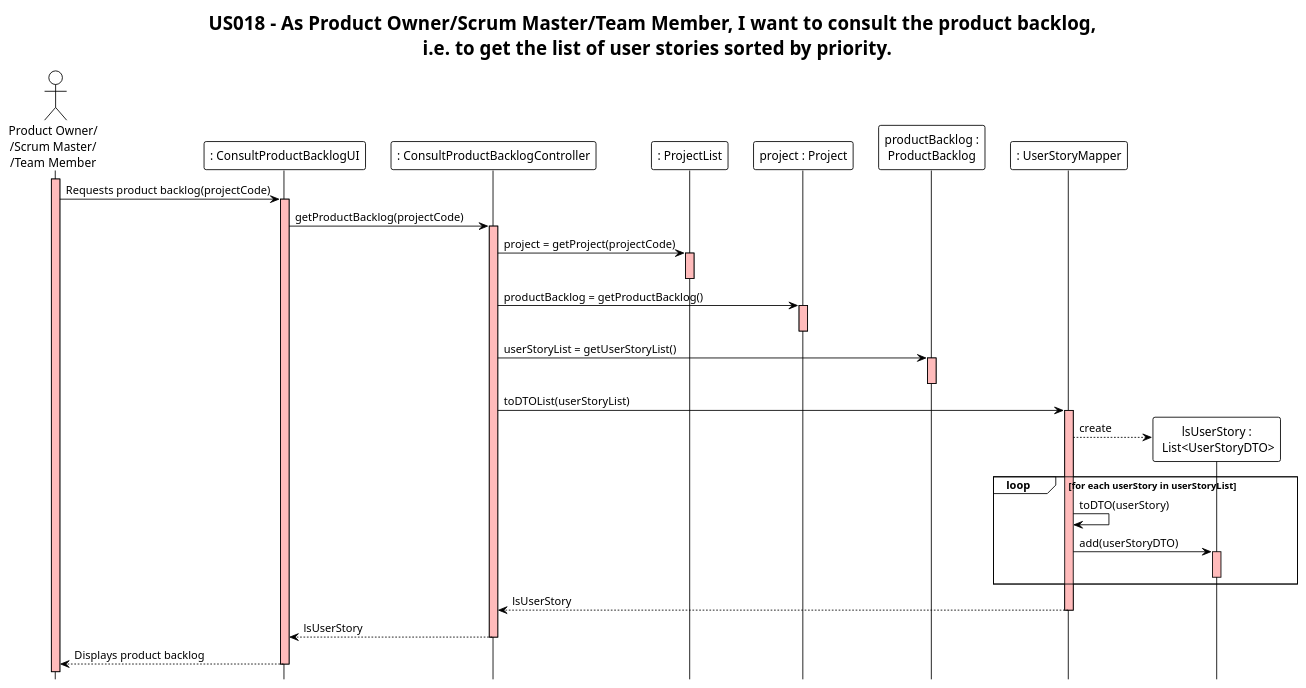
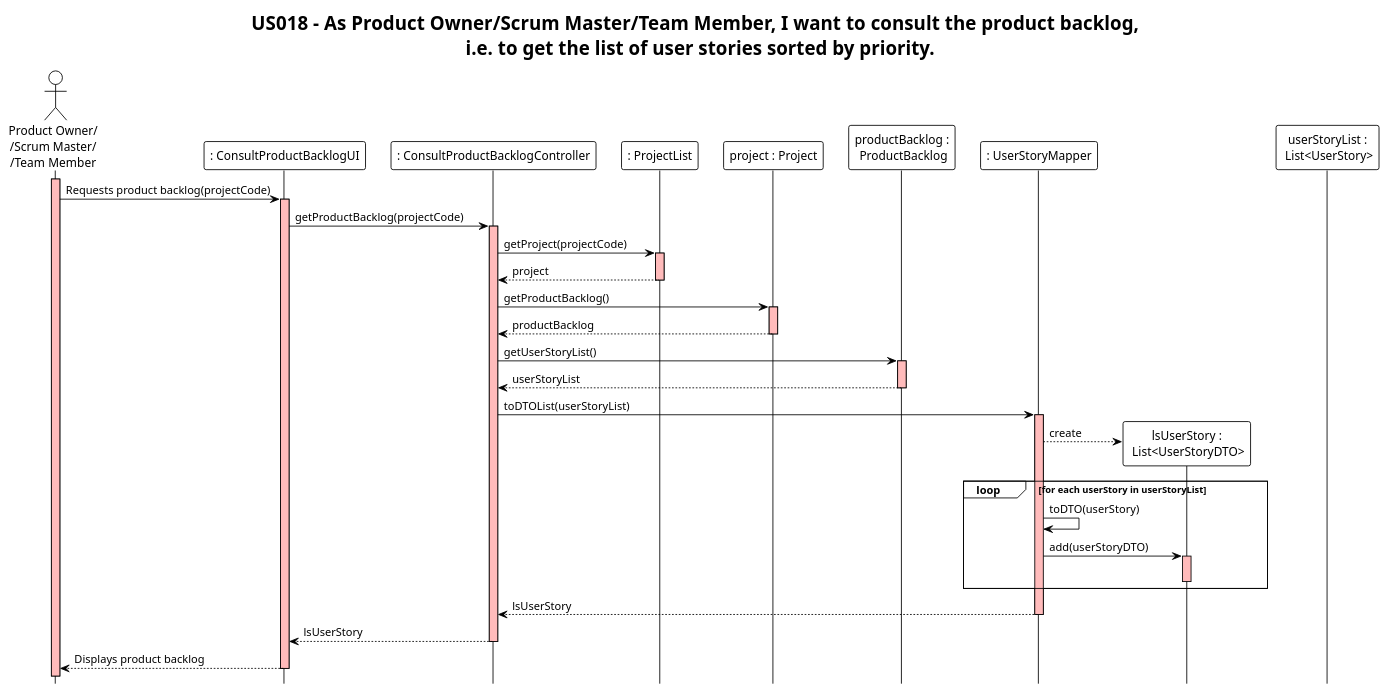
Before and after one commit to ivo-menezes/project_g3: the diagram in docs/modelling_design/user_stories/us018/US018_ConsultProductBacklogSD.puml, drawn with PlantUML.

Commit message:
US018: Design: Update SD to explicitly include userStoryList as participant. Included explicit returns to each method call.

```diff
--- a/docs/modelling_design/user_stories/us018/US018_ConsultProductBacklogSD.puml
+++ b/docs/modelling_design/user_stories/us018/US018_ConsultProductBacklogSD.puml
@@ -1,59 +1,62 @@
 @startuml
 !theme plain
 hide footbox
 title "US018 - As Product Owner/Scrum Master/Team Member, I want to consult the product backlog, \n i.e. to get the list of user stories sorted by priority."
 
 actor "Product Owner/\n/Scrum Master/\n/Team Member" as user
 participant ": ConsultProductBacklogUI" as UI
 participant ": ConsultProductBacklogController" as Controller
 participant ": ProjectList" as ProjectList
 participant "project : Project" as Project
-participant "productBacklog :\nProductBacklog" as ProductBacklog
+participant "productBacklog :\n ProductBacklog" as ProductBacklog
 participant ": UserStoryMapper" as Mapper
 participant "lsUserStory :\n List<UserStoryDTO>" as DTOList
-
+participant "userStoryList :\n List<UserStory>" as USList
 
 
 activate user #FFBBBB
 user -> UI: Requests product backlog(projectCode)
 
 activate UI #FFBBBB
 UI-> Controller:getProductBacklog(projectCode)
 
 activate Controller #FFBBBB
-Controller -> ProjectList: project = getProject(projectCode)
+Controller -> ProjectList: getProject(projectCode)
 activate ProjectList #FFBBBB
+ProjectList--> Controller: project
 deactivate ProjectList
 
-Controller -> Project: productBacklog = getProductBacklog()
+Controller -> Project: getProductBacklog()
 activate Project #FFBBBB
+Project --> Controller: productBacklog
 deactivate Project
 
-
-Controller -> ProductBacklog: userStoryList = getUserStoryList()
+Controller -> ProductBacklog: getUserStoryList()
 activate ProductBacklog #FFBBBB
+ProductBacklog --> Controller: userStoryList
 deactivate ProductBacklog
 Controller -> Mapper : toDTOList(userStoryList)
 
 activate Mapper #FFBBBB
 Mapper --> DTOList ** : create
 
 loop for each userStory in userStoryList
 Mapper -> Mapper : toDTO(userStory)
 Mapper -> DTOList: add(userStoryDTO)
 activate DTOList #FFBBBB
 deactivate DTOList
 end
 
+
 Mapper --> Controller : lsUserStory
 deactivate Mapper
 
 
 Controller --> UI: lsUserStory
 deactivate Controller
 
 UI --> user: Displays product backlog
 deactivate UI
 
 
 @enduml
```
